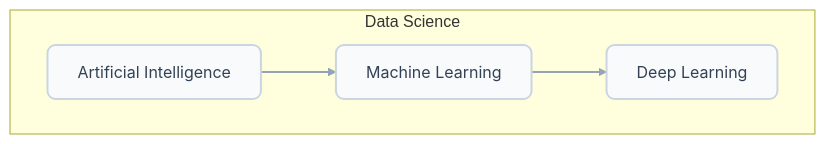
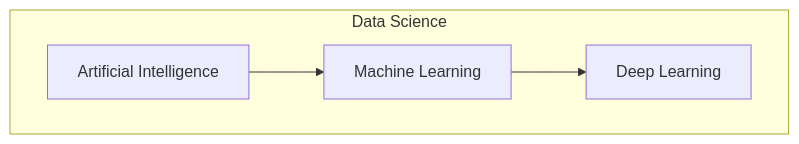
Before and after one commit to ECLIPSE-Lab/public_presentations: the first of 2 diagrams in mathematical_foundations_of_ai_and_ml/01_learning_vs_data_analysis/01_intro.qmd, drawn with Mermaid. The commit also changed other lines of this file and 38 other files, not shown here.

````diff
--- a/mathematical_foundations_of_ai_and_ml/01_learning_vs_data_analysis/01_intro.qmd
+++ b/mathematical_foundations_of_ai_and_ml/01_learning_vs_data_analysis/01_intro.qmd
@@ -109,14 +80,7 @@
 ```{mermaid}
-%%| echo: false
-%%| fig-align: center
 graph TD
-    %% Styling
-    classDef default fill:#f8fafc,stroke:#cbd5e1,stroke-width:2px,color:#334155,rx:8px,ry:8px,font-family:Inter;
-    classDef accent fill:#e0f2fe,stroke:#38bdf8,stroke-width:2px,color:#0f172a,rx:8px,ry:8px,font-family:Inter,font-weight:600;
-    linkStyle default stroke:#94a3b8,stroke-width:2px;
-
     subgraph DS [Data Science]
     AI[Artificial Intelligence] --> ML[Machine Learning]
     ML --> DL[Deep Learning]
     end
 ```
````
